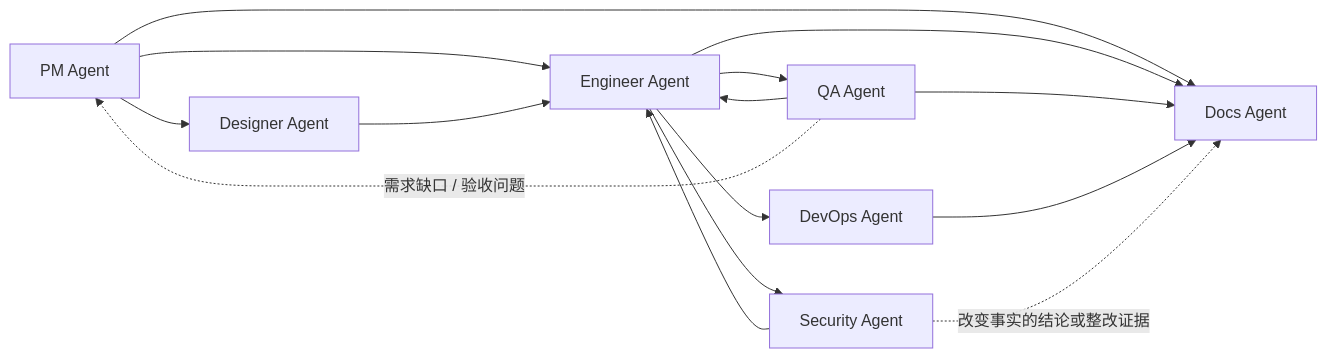
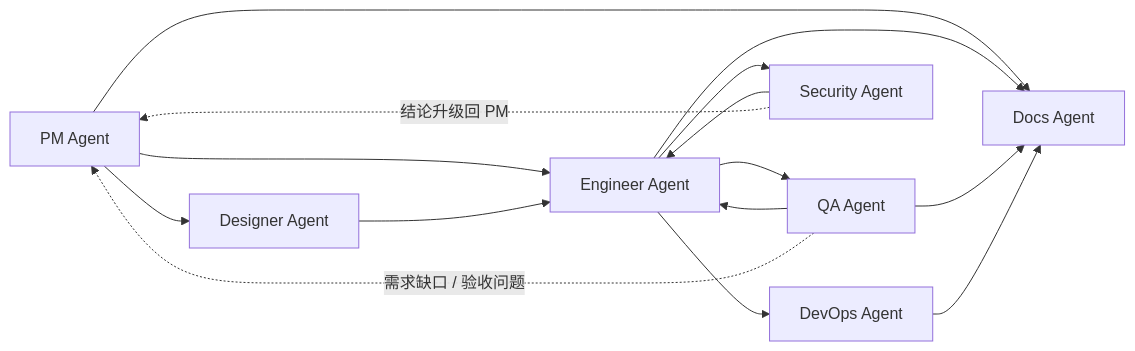
The diagram in README_zh.md (Neplich/dev-agent-skills), drawn with Mermaid before and after one commit. The commit also changed 51 other files, not shown here.

````diff
--- a/README_zh.md
+++ b/README_zh.md
@@ -99,17 +99,17 @@
 ```mermaid
 flowchart LR
     PM["PM Agent"] --> Designer["Designer Agent"]
     PM --> Engineer["Engineer Agent"]
     Designer --> Engineer
     Engineer --> QA["QA Agent"]
     QA --> Engineer
     QA -. "需求缺口 / 验收问题" .-> PM
     Engineer --> DevOps["DevOps Agent"]
     Engineer --> Security["Security Agent"]
     Security --> Engineer
     PM --> Docs["Docs Agent"]
     Engineer --> Docs
     QA --> Docs
     DevOps --> Docs
-    Security -. "改变事实的结论或整改证据" .-> Docs
+    Security -. "结论升级回 PM" .-> PM
 ```
````
